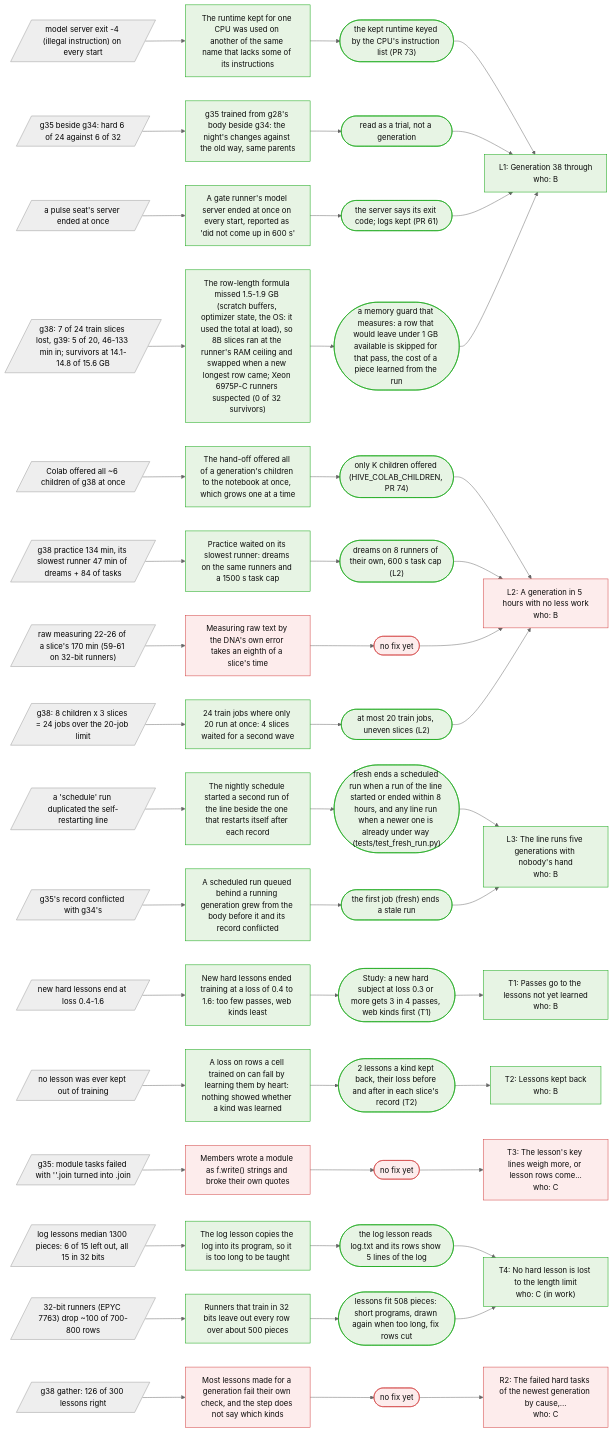
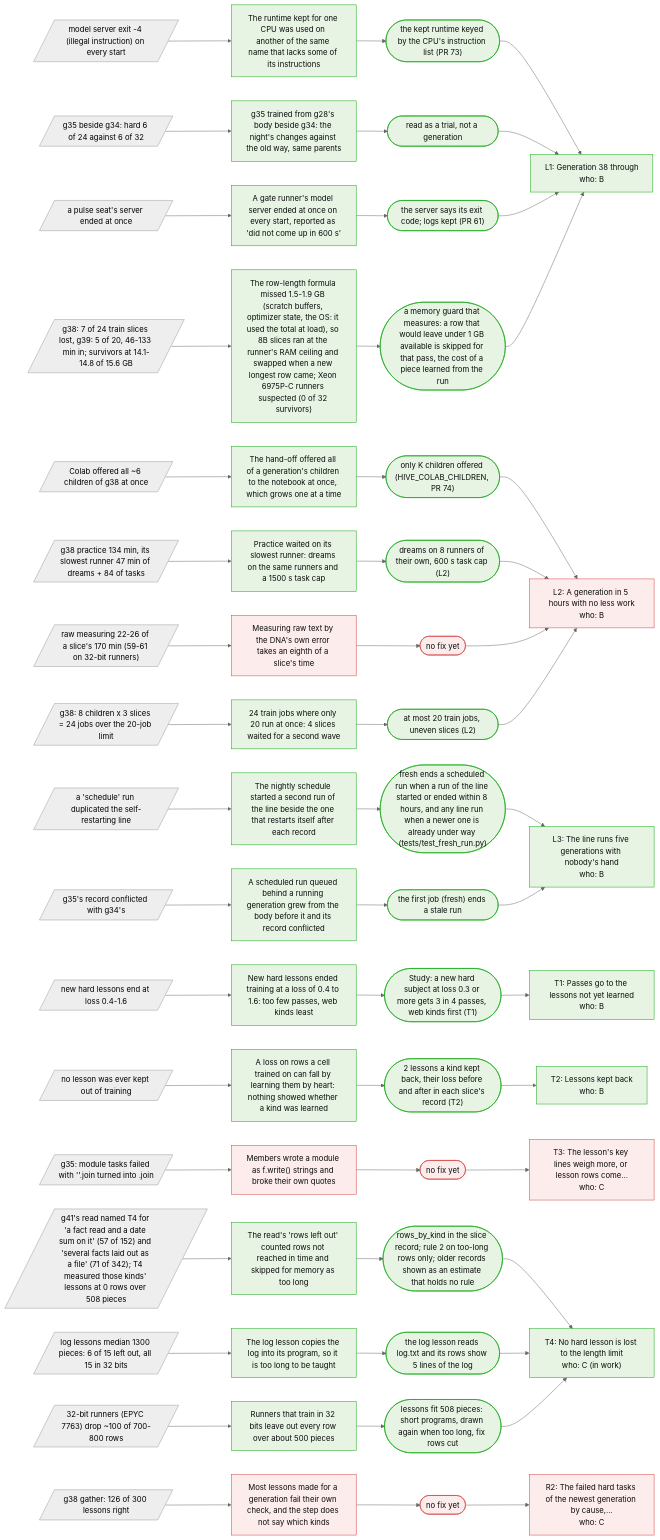
Before and after one commit to Arnav123-s/HiveMIND: the third of 4 diagrams in docs/KNOWLEDGE.md, drawn with Mermaid (neutral theme). The commit also changed other lines of this file and 8 other files, not shown here.

First line of the commit message:
Rows left out, measured: too long apart from memory and time

````diff
--- a/docs/KNOWLEDGE.md
+++ b/docs/KNOWLEDGE.md
@@ -87,77 +87,81 @@
 ```mermaid
 flowchart LR
   pc_L1["L1: Generation 38 through<br/>who: B"]:::fixed
   pc_L2["L2: A generation in 5 hours with no less work<br/>who: B"]:::open
   pc_L3["L3: The line runs five generations with nobody's hand<br/>who: B"]:::fixed
   pc_T1["T1: Passes go to the lessons not yet learned<br/>who: B"]:::fixed
   pc_T2["T2: Lessons kept back<br/>who: B"]:::fixed
   pc_T3["T3: The lesson's key lines weigh more, or lesson rows come...<br/>who: C"]:::open
   pc_T4["T4: No hard lesson is lost to the length limit<br/>who: C (in work)"]:::fixed
   pc_R2["R2: The failed hard tasks of the newest generation by cause,...<br/>who: C"]:::open
   s_cpuflags[/"model server exit -4 (illegal instruction) on every start"/]
   c_cpuflags["The runtime kept for one CPU was used on another of the same name that lacks some of its instructions"]:::fixed
   x_cpuflags(["the kept runtime keyed by the CPU's instruction list (PR 73)"]):::fixed
   s_cpuflags --> c_cpuflags --> x_cpuflags --> pc_L1
   s_g35sibling[/"g35 beside g34: hard 6 of 24 against 6 of 32"/]
   c_g35sibling["g35 trained from g28's body beside g34: the night's changes against the old way, same parents"]:::fixed
   x_g35sibling(["read as a trial, not a generation"]):::fixed
   s_g35sibling --> c_g35sibling --> x_g35sibling --> pc_L1
   s_serverdeath[/"a pulse seat's server ended at once"/]
   c_serverdeath["A gate runner's model server ended at once on every start, reported as 'did not come up in 600 s'"]:::fixed
   x_serverdeath(["the server says its exit code; logs kept (PR 61)"]):::fixed
   s_serverdeath --> c_serverdeath --> x_serverdeath --> pc_L1
   s_slicememory[/"g38: 7 of 24 train slices lost, g39: 5 of 20, 46-133 min in; survivors at 14.1-14.8 of 15.6 GB"/]
   c_slicememory["The row-length formula missed 1.5-1.9 GB (scratch buffers, optimizer state, the OS: it used the total at load), so 8B slices ran at the runner's RAM ceiling and swapped when a new longest row came; Xeon 6975P-C runners suspected (0 of 32 survivors)"]:::fixed
   x_slicememory(["a memory guard that measures: a row that would leave under 1 GB available is skipped for that pass, the cost of a piece learned from the run"]):::fixed
   s_slicememory --> c_slicememory --> x_slicememory --> pc_L1
   s_colaball[/"Colab offered all ~6 children of g38 at once"/]
   c_colaball["The hand-off offered all of a generation's children to the notebook at once, which grows one at a time"]:::fixed
   x_colaball(["only K children offered (HIVE_COLAB_CHILDREN, PR 74)"]):::fixed
   s_colaball --> c_colaball --> x_colaball --> pc_L2
   s_practicetail[/"g38 practice 134 min, its slowest runner 47 min of dreams + 84 of tasks"/]
   c_practicetail["Practice waited on its slowest runner: dreams on the same runners and a 1500 s task cap"]:::fixed
   x_practicetail(["dreams on 8 runners of their own, 600 s task cap (L2)"]):::fixed
   s_practicetail --> c_practicetail --> x_practicetail --> pc_L2
   s_rawmeasure[/"raw measuring 22-26 of a slice's 170 min (59-61 on 32-bit runners)"/]
   c_rawmeasure["Measuring raw text by the DNA's own error takes an eighth of a slice's time"]:::open
   x_rawmeasure(["no fix yet"]):::open
   s_rawmeasure --> c_rawmeasure --> x_rawmeasure --> pc_L2
   s_twowaves[/"g38: 8 children x 3 slices = 24 jobs over the 20-job limit"/]
   c_twowaves["24 train jobs where only 20 run at once: 4 slices waited for a second wave"]:::fixed
   x_twowaves(["at most 20 train jobs, uneven slices (L2)"]):::fixed
   s_twowaves --> c_twowaves --> x_twowaves --> pc_L2
   s_scheduledup[/"a 'schedule' run duplicated the self-restarting line"/]
   c_scheduledup["The nightly schedule started a second run of the line beside the one that restarts itself after each record"]:::fixed
   x_scheduledup(["fresh ends a scheduled run when a run of the line started or ended within 8 hours, and any line run when a newer one is already under way (tests/test_fresh_run.py)"]):::fixed
   s_scheduledup --> c_scheduledup --> x_scheduledup --> pc_L3
   s_stalebody[/"g35's record conflicted with g34's"/]
   c_stalebody["A scheduled run queued behind a running generation grew from the body before it and its record conflicted"]:::fixed
   x_stalebody(["the first job (fresh) ends a stale run"]):::fixed
   s_stalebody --> c_stalebody --> x_stalebody --> pc_L3
   s_fewpasses[/"new hard lessons end at loss 0.4-1.6"/]
   c_fewpasses["New hard lessons ended training at a loss of 0.4 to 1.6: too few passes, web kinds least"]:::fixed
   x_fewpasses(["Study: a new hard subject at loss 0.3 or more gets 3 in 4 passes, web kinds first (T1)"]):::fixed
   s_fewpasses --> c_fewpasses --> x_fewpasses --> pc_T1
   s_keptback[/"no lesson was ever kept out of training"/]
   c_keptback["A loss on rows a cell trained on can fall by learning them by heart: nothing showed whether a kind was learned"]:::fixed
   x_keptback(["2 lessons a kind kept back, their loss before and after in each slice's record (T2)"]):::fixed
   s_keptback --> c_keptback --> x_keptback --> pc_T2
   s_modulestring[/"g35: module tasks failed with ''.join turned into .join"/]
   c_modulestring["Members wrote a module as f.write() strings and broke their own quotes"]:::open
   x_modulestring(["no fix yet"]):::open
   s_modulestring --> c_modulestring --> x_modulestring --> pc_T3
+  s_leftoutmeasure[/"g41's read named T4 for 'a fact read and a date sum on it' (57 of 152) and 'several facts laid out as a file' (71 of 342); T4 measured those kinds' lessons at 0 rows over 508 pieces"/]
+  c_leftoutmeasure["The read's 'rows left out' counted rows not reached in time and skipped for memory as too long"]:::fixed
+  x_leftoutmeasure(["rows_by_kind in the slice record; rule 2 on too-long rows only; older records shown as an estimate that holds no rule"]):::fixed
+  s_leftoutmeasure --> c_leftoutmeasure --> x_leftoutmeasure --> pc_T4
   s_loglesson[/"log lessons median 1300 pieces: 6 of 15 left out, all 15 in 32 bits"/]
   c_loglesson["The log lesson copies the log into its program, so it is too long to be taught"]:::fixed
   x_loglesson(["the log lesson reads log.txt and its rows show 5 lines of the log"]):::fixed
   s_loglesson --> c_loglesson --> x_loglesson --> pc_T4
   s_rows32[/"32-bit runners (EPYC 7763) drop ~100 of 700-800 rows"/]
   c_rows32["Runners that train in 32 bits leave out every row over about 500 pieces"]:::fixed
   x_rows32(["lessons fit 508 pieces: short programs, drawn again when too long, fix rows cut"]):::fixed
   s_rows32 --> c_rows32 --> x_rows32 --> pc_T4
   s_lessonswrong[/"g38 gather: 126 of 300 lessons right"/]
   c_lessonswrong["Most lessons made for a generation fail their own check, and the step does not say which kinds"]:::open
   x_lessonswrong(["no fix yet"]):::open
   s_lessonswrong --> c_lessonswrong --> x_lessonswrong --> pc_R2
   classDef fixed fill:#e7f4e4,stroke:#0ca30c,color:#0b0b0b
   classDef open fill:#fdecec,stroke:#d03b3b,color:#0b0b0b
 ```
````
